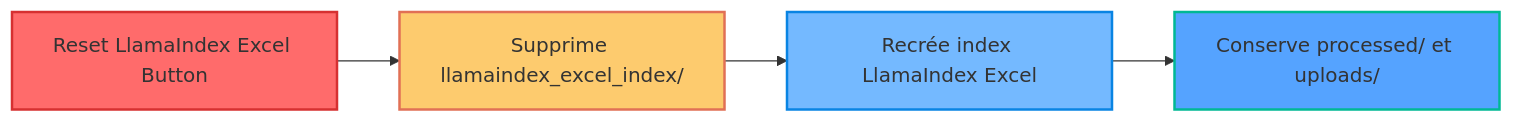
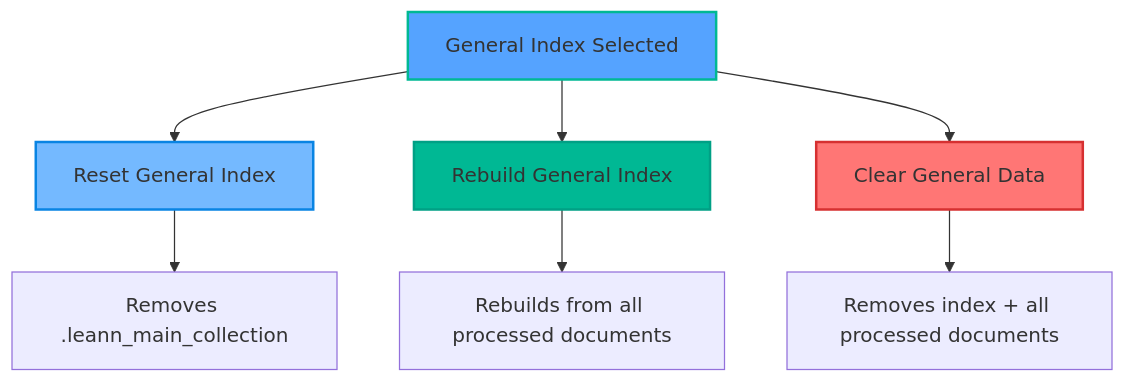
One commit to Mil100057/Myr-Ag-system changed the third of 6 diagrams in docs/cleaning_buttons_analysis.md. Above: the diagram before and after it, drawn with Mermaid. The commit also changed other lines of this file and 24 other files, not shown here.

````diff
--- a/docs/cleaning_buttons_analysis.md
+++ b/docs/cleaning_buttons_analysis.md
@@ -61,11 +106,15 @@
 ```mermaid
-graph LR
-    A["Reset LlamaIndex Excel Button"] --> B["Supprime llamaindex_excel_index/"]
-    B --> C["Recrée index LlamaIndex Excel"]
-    C --> D["Conserve processed/ et uploads/"]
-    
-    style A fill:#ff6b6b,stroke:#d63031,stroke-width:2px
-    style B fill:#fdcb6e,stroke:#e17055,stroke-width:2px
-    style C fill:#74b9ff,stroke:#0984e3,stroke-width:2px
-    style D fill:#55a3ff,stroke:#00b894,stroke-width:2px
+graph TB
+    A["General Index Selected"] --> B["Reset General Index"]
+    A --> C["Rebuild General Index"]
+    A --> D["Clear General Data"]
+  
+    B --> E["Removes .leann_main_collection"]
+    C --> F["Rebuilds from all processed documents"]
+    D --> G["Removes index + all processed documents"]
+  
+    style A fill:#55a3ff,stroke:#00b894,stroke-width:2px
+    style B fill:#74b9ff,stroke:#0984e3,stroke-width:2px
+    style C fill:#00b894,stroke:#00a085,stroke-width:2px
+    style D fill:#ff7675,stroke:#d63031,stroke-width:2px
 ```
````
